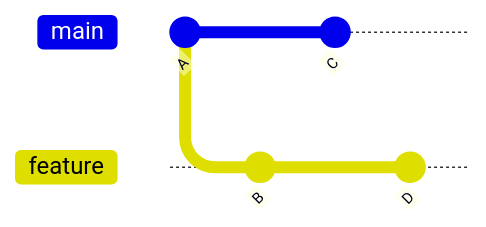
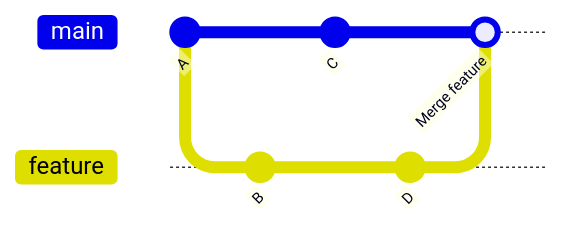
Before and after one commit to p-fruck/lecture-se2: the fifth of 18 diagrams in slides/01-git.md, drawn with Mermaid. The commit also changed other lines of this file, not shown here.

````diff
--- a/slides/01-git.md
+++ b/slides/01-git.md
@@ -114,10 +255,12 @@
-```mermaid +render
+```mermaid
 gitGraph
    commit id: "A"
    branch feature
    commit id: "B"
    checkout main
    commit id: "C"
    checkout feature
    commit id: "D"
+   checkout main
+   merge feature id: "Merge feature"
 ```
````
